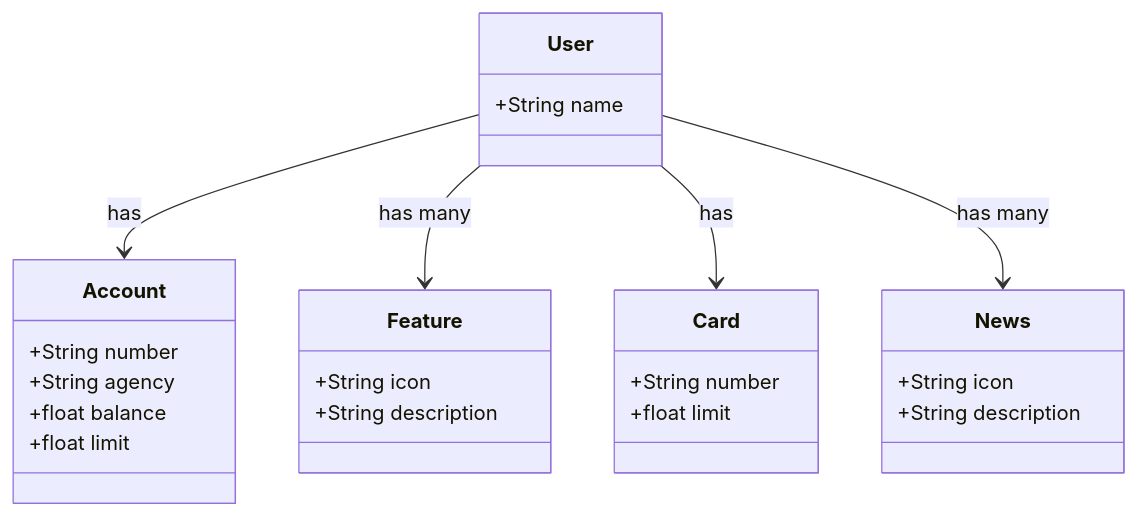
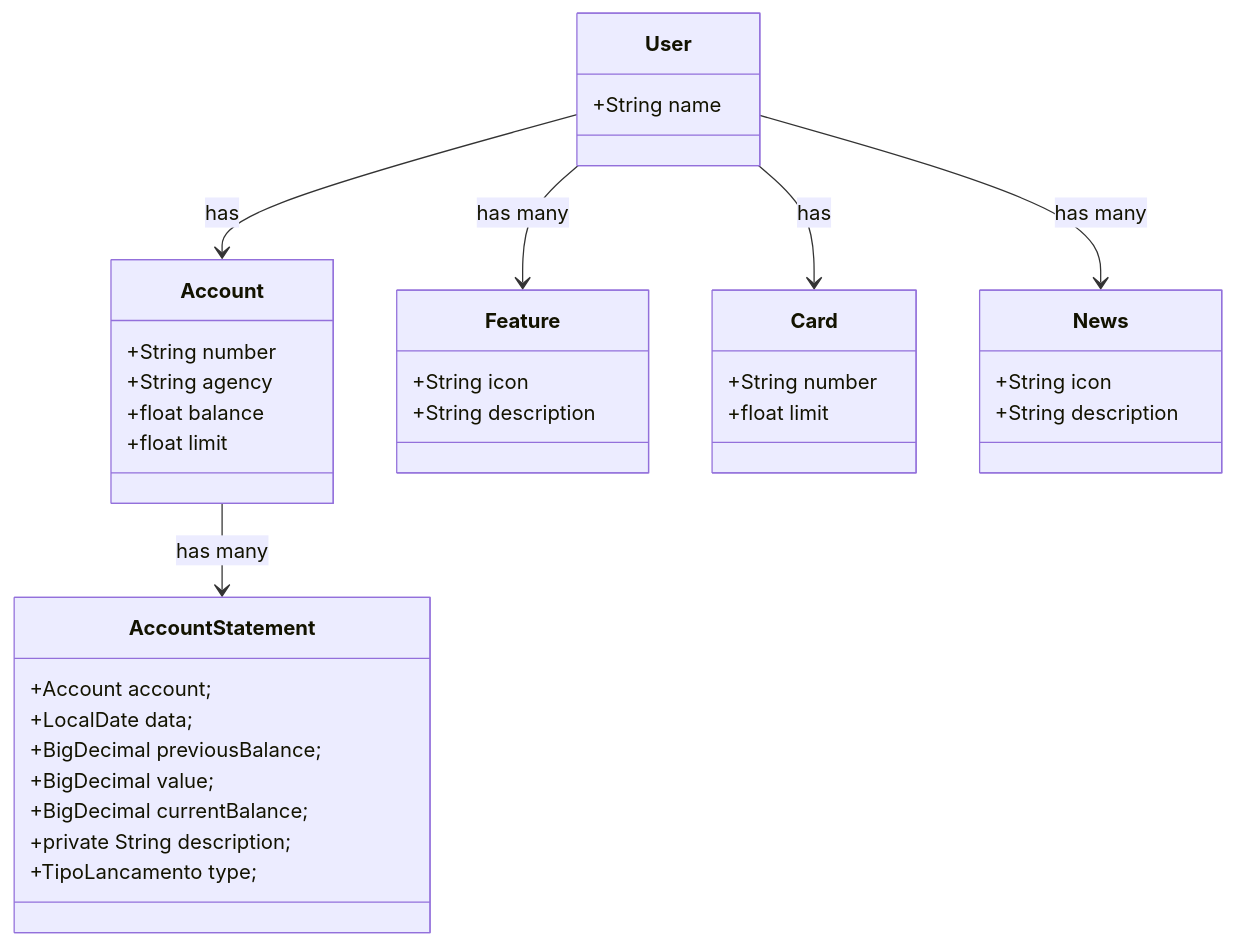
The diagram in README.md (alexformagio/santander-bootcamp-2024), drawn with Mermaid before and after one commit. The commit also changed other lines of this file and 28 other files, not shown here.

````diff
--- a/README.md
+++ b/README.md
@@ -6,29 +6,39 @@
 ``` mermaid
 classDiagram
     class User {
         +String name
     }
     class Account {
         +String number
         +String agency
         +float balance
         +float limit
+    }
+    class AccountStatement{
+     +Account account;
+	  +LocalDate data;
+	  +BigDecimal previousBalance;
+	  +BigDecimal value;
+	  +BigDecimal currentBalance;
+	  +private String description;
+	  +TipoLancamento type;
     }
     class Feature {
         +String icon
         +String description
     }
     class Card {
         +String number
         +float limit
     }
     class News {
         +String icon
         +String description
     }
 
     User --> Account : has
     User --> Feature : has many
     User --> Card : has
     User --> News : has many
+    Account --> AccountStatement: has many
 ```
````
